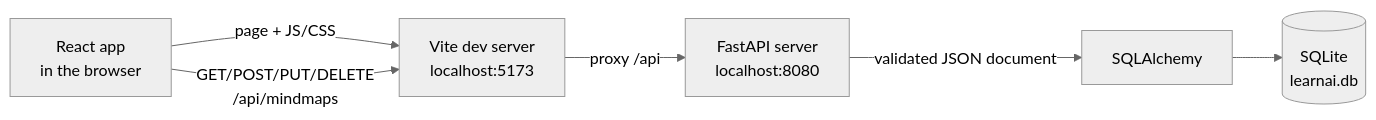
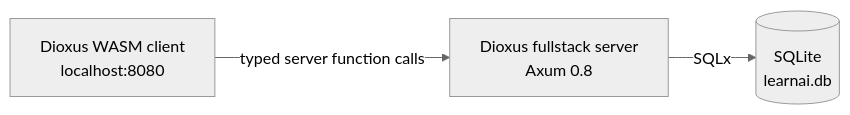
Before and after one commit to radmerales/learnai: the first of 2 diagrams in docs/system-map.md, drawn with Mermaid (neutral theme). The commit also changed other lines of this file and 2 other files, not shown here.

First line of the commit message:
docs: document the Rust fullstack architecture

````diff
--- a/docs/system-map.md
+++ b/docs/system-map.md
@@ -46,14 +12,8 @@
 ```mermaid
 flowchart LR
-    Browser["React app<br/>in the browser"]
-    Vite["Vite dev server<br/>localhost:5173"]
-    API["FastAPI server<br/>localhost:8080"]
-    ORM["SQLAlchemy"]
+    Browser["Dioxus WASM client<br/>localhost:8080"]
+    Server["Dioxus fullstack server<br/>Axum 0.8"]
     DB[("SQLite<br/>learnai.db")]
-
-    Browser -->|"page + JS/CSS"| Vite
-    Browser -->|"GET/POST/PUT/DELETE<br/>/api/mindmaps"| Vite
-    Vite -->|"proxy /api"| API
-    API -->|"validated JSON document"| ORM
-    ORM --> DB
+    Browser -->|"typed server function calls"| Server
+    Server -->|"SQLx"| DB
 ```
````
